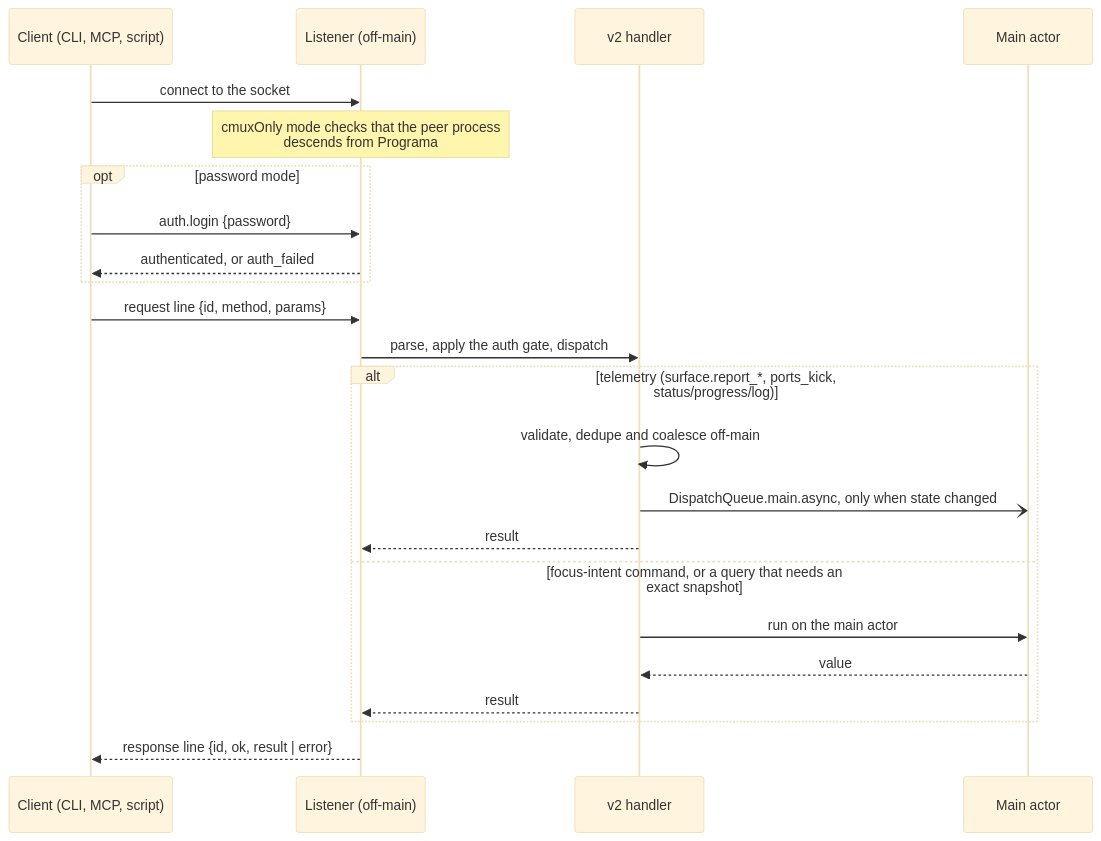
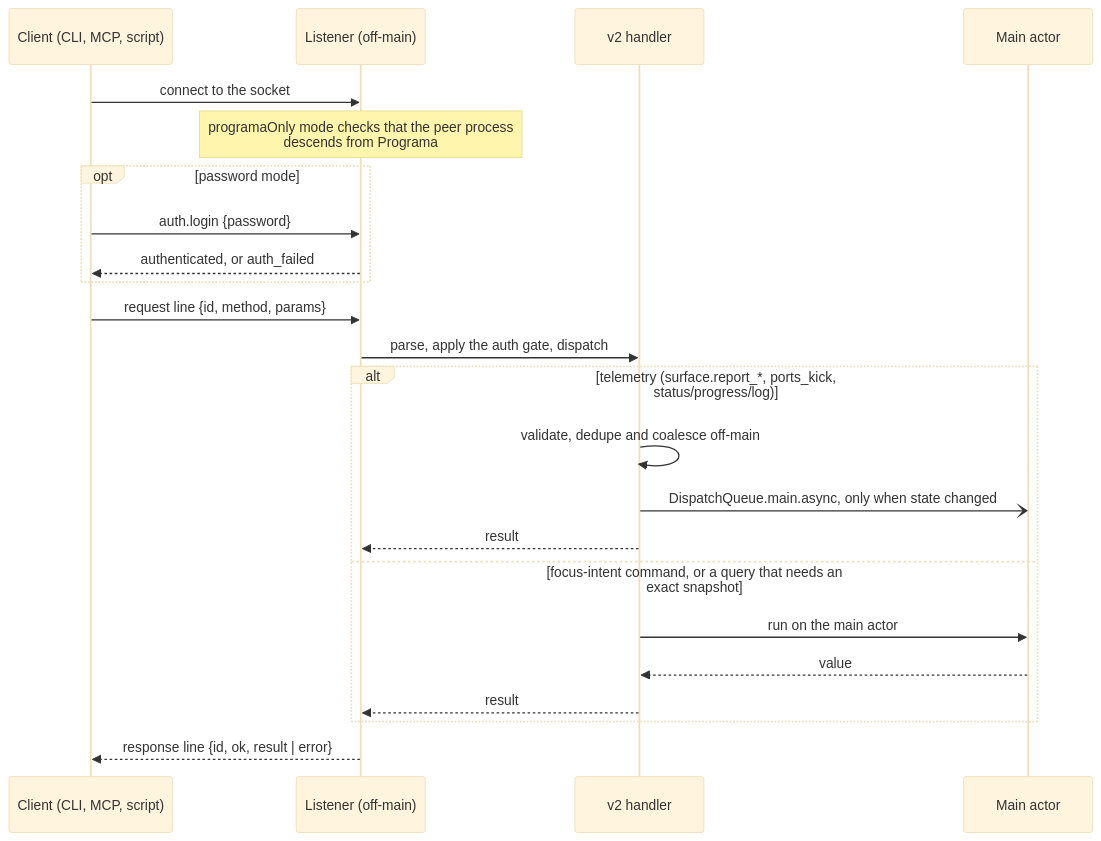
The diagram in docs/socket-api.md (darkroomengineering/programa), drawn with Mermaid (base theme) before and after one commit. The commit also changed other lines of this file and 229 other files, not shown here.

Commit message:
refactor: rename leftover cmux identifiers to programa, keep legacy reads for user-facing names

````diff
--- a/docs/socket-api.md
+++ b/docs/socket-api.md
@@ -17,26 +17,26 @@
 ```mermaid
 sequenceDiagram
     participant C as Client (CLI, MCP, script)
     participant L as Listener (off-main)
     participant H as v2 handler
     participant M as Main actor
 
     C->>L: connect to the socket
-    Note over L: cmuxOnly mode checks that the peer process<br/>descends from Programa
+    Note over L: programaOnly mode checks that the peer process<br/>descends from Programa
     opt password mode
         C->>L: auth.login {password}
         L-->>C: authenticated, or auth_failed
     end
     C->>L: request line {id, method, params}
     L->>H: parse, apply the auth gate, dispatch
     alt telemetry (surface.report_*, ports_kick, status/progress/log)
         H->>H: validate, dedupe and coalesce off-main
         H-)M: DispatchQueue.main.async, only when state changed
         H-->>L: result
     else focus-intent command, or a query that needs an exact snapshot
         H->>M: run on the main actor
         M-->>H: value
         H-->>L: result
     end
     L-->>C: response line {id, ok, result | error}
 ```
````
